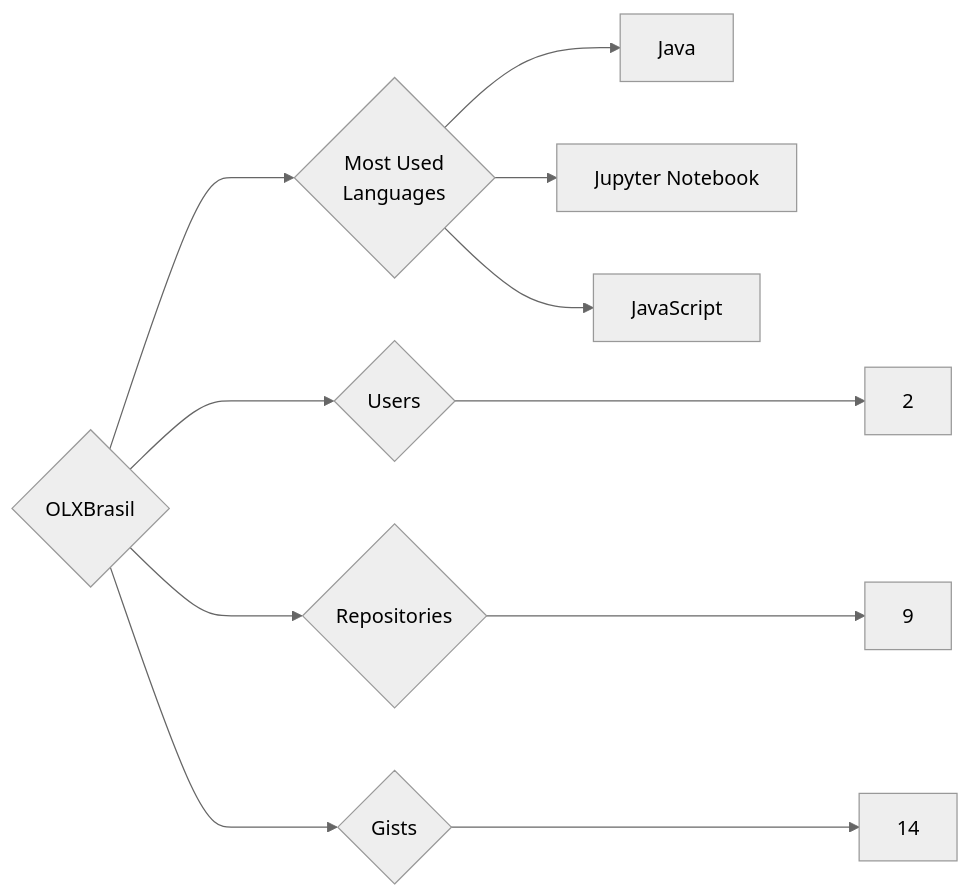
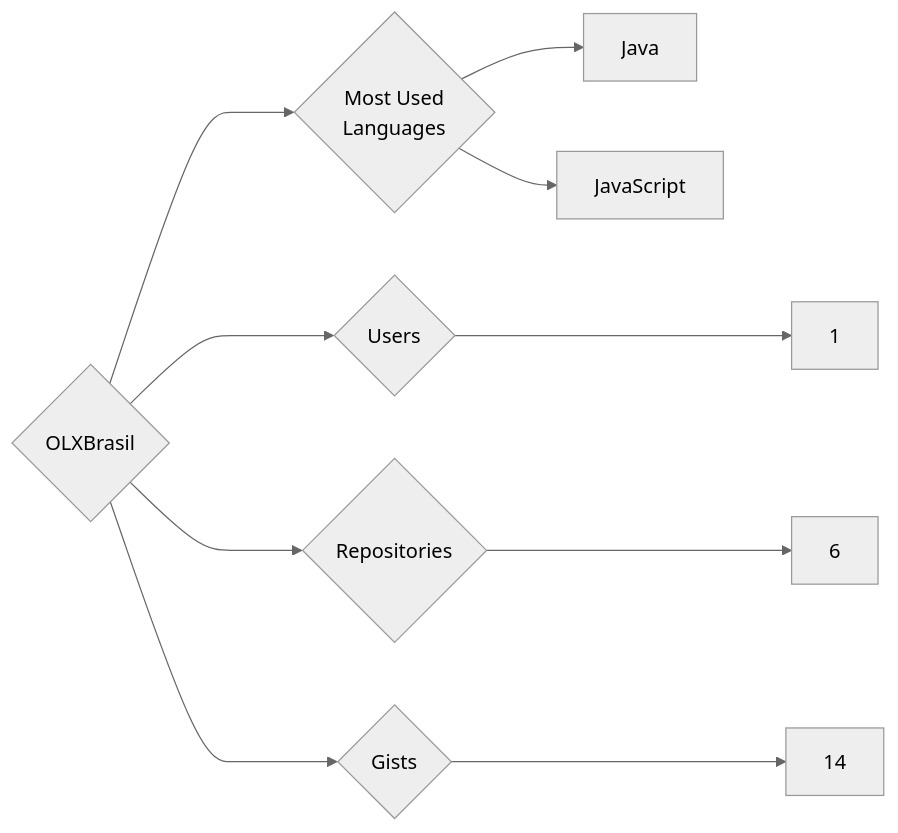
The diagram in targets/OLXBrasil/README.md (trickest/insiders), drawn with Mermaid (neutral theme) before and after one commit. The commit also changed 1479 other files, not shown here.

````diff
--- a/targets/OLXBrasil/README.md
+++ b/targets/OLXBrasil/README.md
@@ -3,11 +3,10 @@
 ```mermaid
 graph LR
 COMPANY_NAME{OLXBrasil}
-COMPANY_NAME ---> U{Users} ---> UN[2]
-COMPANY_NAME ---> R{Repositories} ---> RN[9]
+COMPANY_NAME ---> U{Users} ---> UN[1]
+COMPANY_NAME ---> R{Repositories} ---> RN[6]
 COMPANY_NAME ---> G{Gists} ---> GN[14]
 COMPANY_NAME ---> ML{Most Used<br>Languages}
 ML --> Java[Java]
-ML --> Jupyter_Notebook[Jupyter Notebook]
 ML --> JavaScript[JavaScript]
 ```
````
